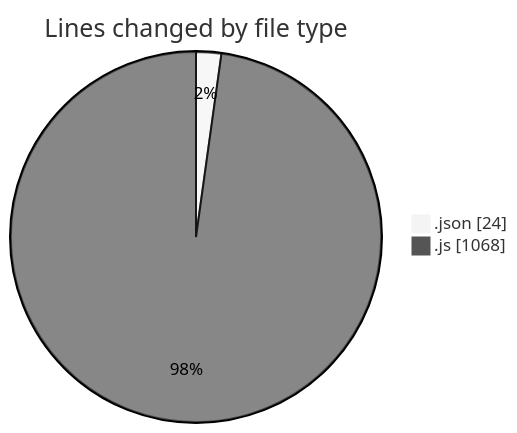
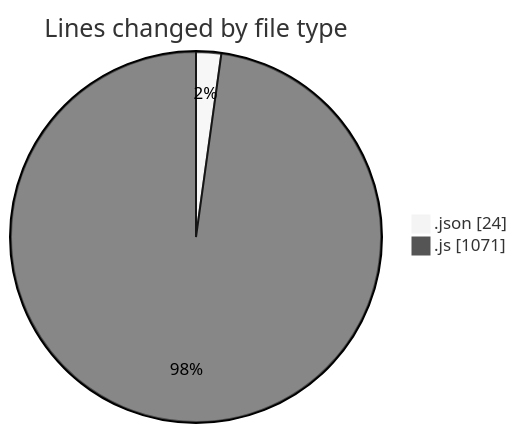
The first of 2 diagrams in 2025-04-01/jsvms/README.md (BS-eng2023/code-tracking), drawn with Mermaid (neutral theme) before and after one commit. The commit also changed other lines of this file and 1 other file, not shown here.

````diff
--- a/2025-04-01/jsvms/README.md
+++ b/2025-04-01/jsvms/README.md
@@ -36,6 +36,6 @@
 ```mermaid
 pie showData
 title Lines changed by file type
 ".json" : 24
-".js" : 1068
+".js" : 1071
 ```
````
